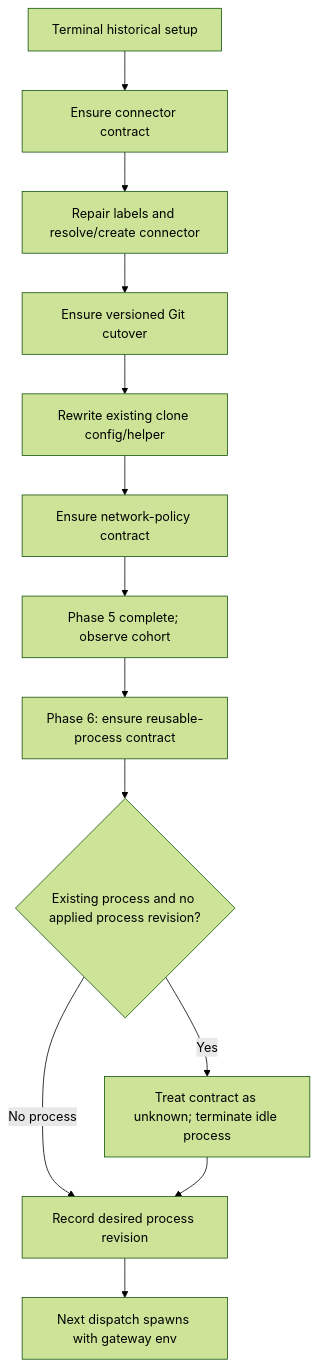
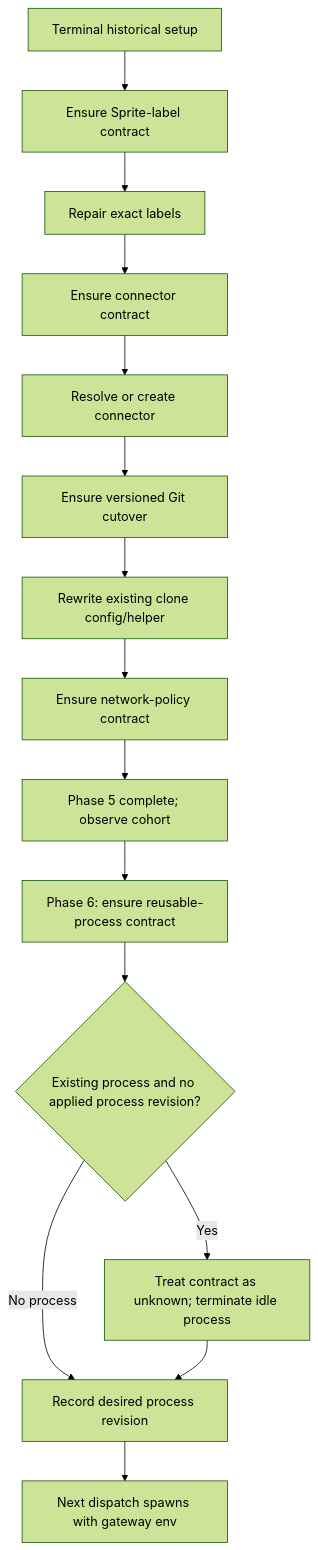
Before and after one commit to benedelstein/My-Machines: the seventh of 7 diagrams in openspec/changes/add-session-migrations/design.md, drawn with Mermaid (forest theme). The commit also changed other lines of this file and 91 other files, not shown here.

Commit message:
Add startup, connector, Git, and network runtime migrations (#180)

````diff
--- a/openspec/changes/add-session-migrations/design.md
+++ b/openspec/changes/add-session-migrations/design.md
@@ -1836,15 +1876,17 @@
 ```mermaid
 flowchart TD
-    A["Terminal historical setup"] --> B["Ensure connector contract"]
-    B --> C["Repair labels and resolve/create connector"]
-    C --> D["Ensure versioned Git cutover"]
-    D --> E["Rewrite existing clone config/helper"]
-    E --> F["Ensure network-policy contract"]
-    F --> P5["Phase 5 complete; observe cohort"]
+    A["Terminal historical setup"] --> B["Ensure Sprite-label contract"]
+    B --> C["Repair exact labels"]
+    C --> D["Ensure connector contract"]
+    D --> E["Resolve or create connector"]
+    E --> F["Ensure versioned Git cutover"]
+    F --> H1["Rewrite existing clone config/helper"]
+    H1 --> H2["Ensure network-policy contract"]
+    H2 --> P5["Phase 5 complete; observe cohort"]
     P5 --> G["Phase 6: ensure reusable-process contract"]
     G --> H{"Existing process and no applied process revision?"}
     H -- "Yes" --> I["Treat contract as unknown; terminate idle process"]
     H -- "No process" --> J["Record desired process revision"]
     I --> J
     J --> K["Next dispatch spawns with gateway env"]
 ```
````
